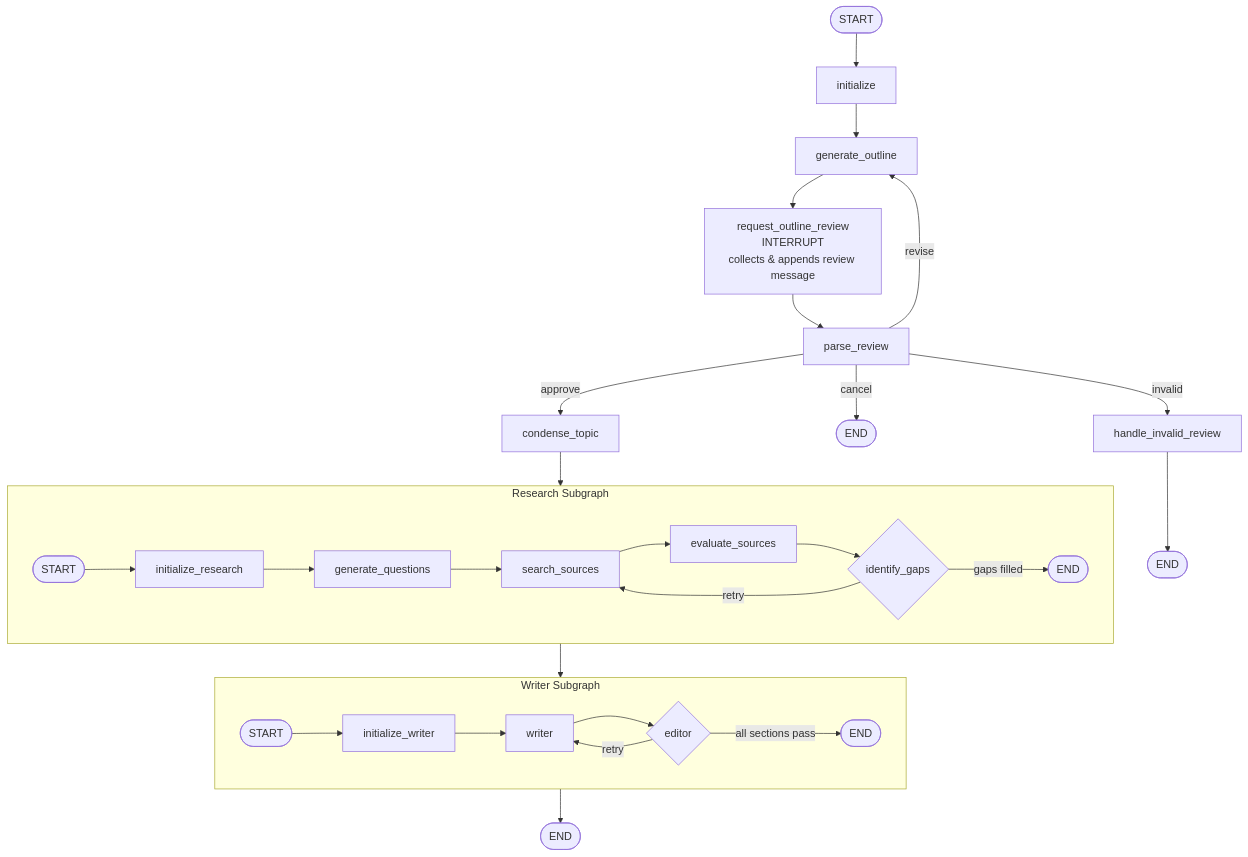
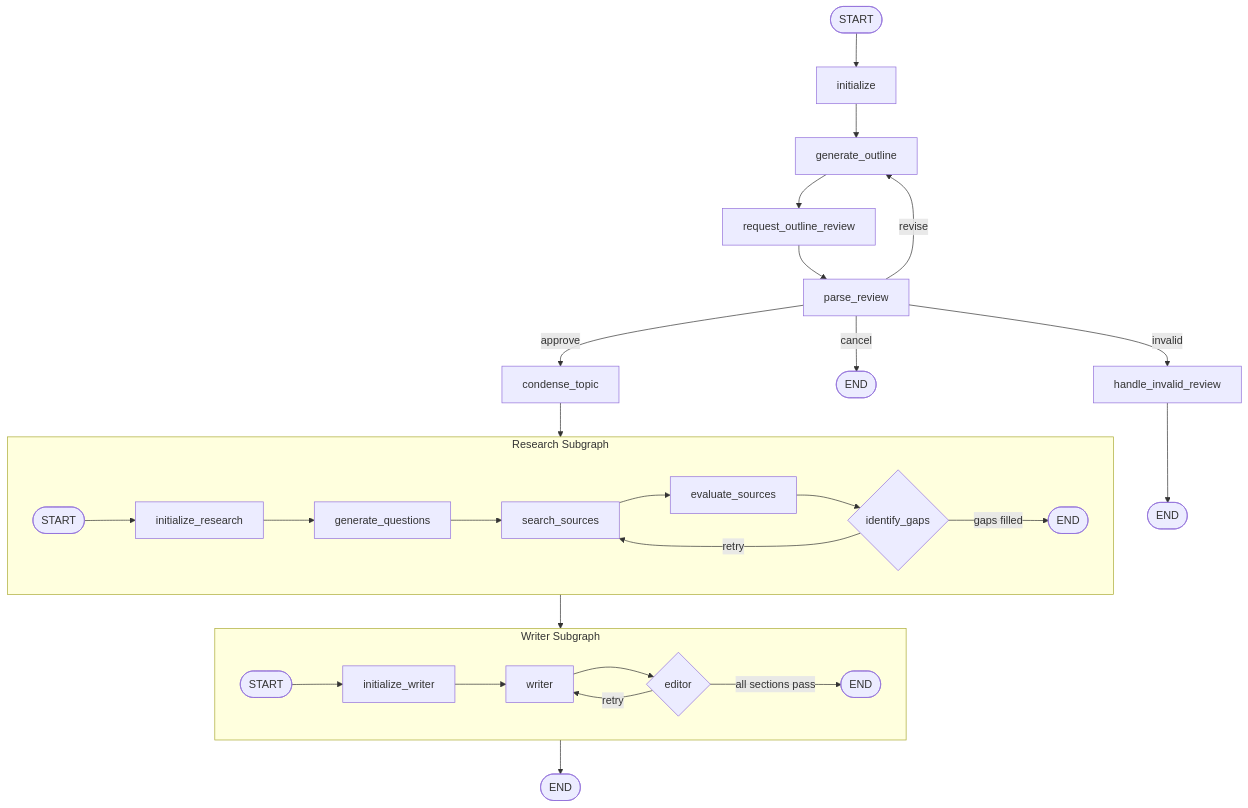
One commit to RyanJones8538/langgraph-research-assistant changed the diagram in README.md. Above: the diagram before and after it, drawn with Mermaid.

Commit message:
Updated README mermaid graph.

````diff
--- a/README.md
+++ b/README.md
@@ -1,37 +1,37 @@
 ```mermaid
 graph TD
     START([START]) --> init[initialize]
     init --> outline[generate_outline]
-    outline --> review[request_outline_review\nINTERRUPT\ncollects & appends review message]
+    outline --> review[request_outline_review]
     review --> parse[parse_review]
 
     parse -->|approve| condense[condense_topic]
     parse -->|revise| outline
     parse -->|cancel| END1([END])
     parse -->|invalid| inv[handle_invalid_review]
     inv --> END2([END])
 
     condense --> R
 
     subgraph R [Research Subgraph]
         r1([START]) --> r2[initialize_research]
         r2 --> r3[generate_questions]
         r3 --> r4[search_sources]
         r4 --> r5[evaluate_sources]
         r5 --> r6{identify_gaps}
         r6 -->|gaps filled| r7([END])
         r6 -->|retry| r4
     end
 
     R --> W
 
     subgraph W [Writer Subgraph]
         w1([START]) --> w2[initialize_writer]
         w2 --> w3[writer]
         w3 --> w4{editor}
         w4 -->|all sections pass| w5([END])
         w4 -->|retry| w3
     end
 
     W --> END3([END])
 ```
````
